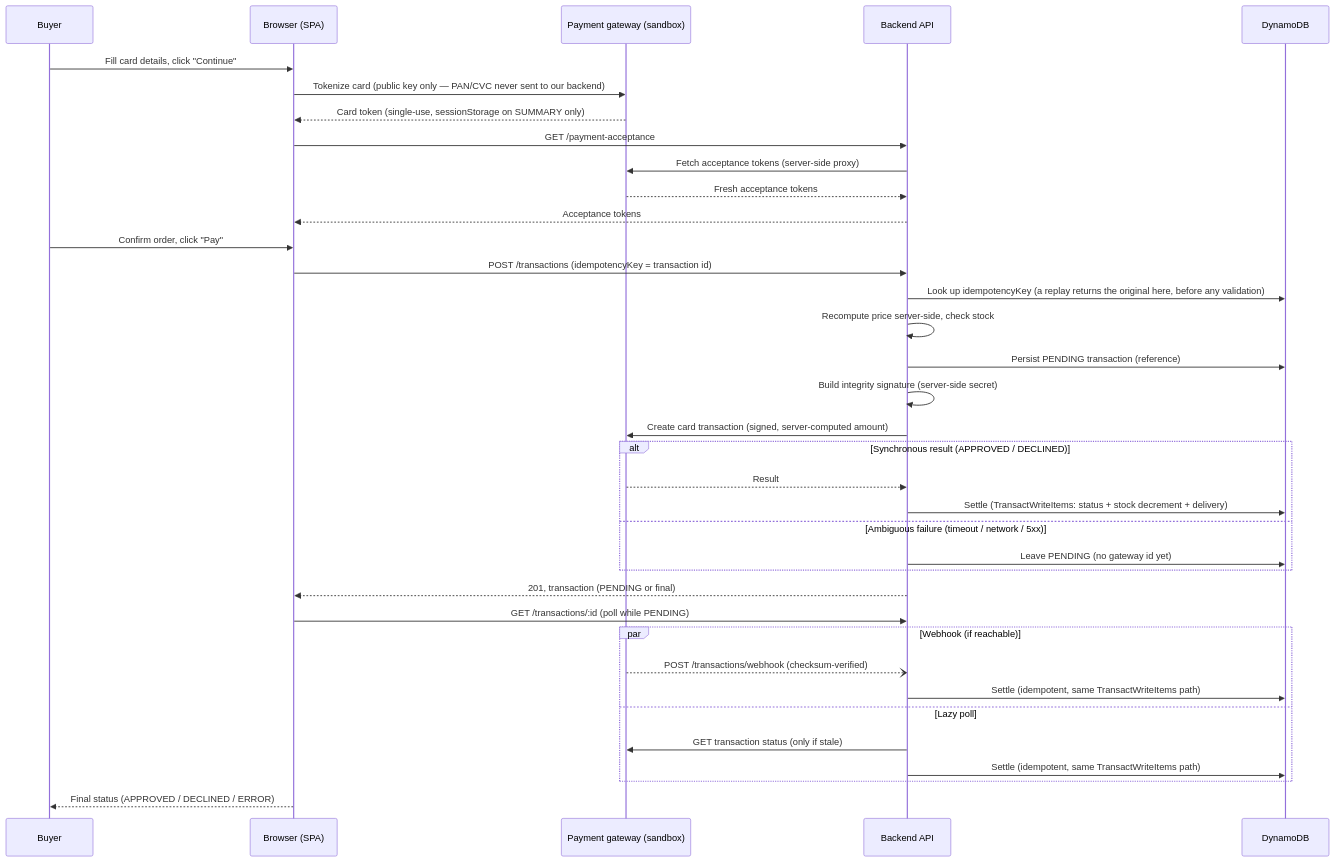
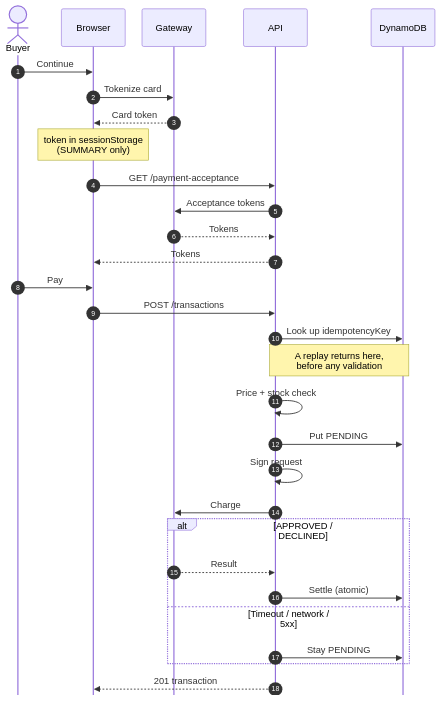
One commit to Wgutierrezl/product-checkout-app changed the second of 4 diagrams in README.md. Above: the diagram before and after it, drawn with Mermaid. The commit also changed other lines of this file, not shown here.

Commit message:
docs: make the README diagrams readable on GitHub

````diff
--- a/README.md
+++ b/README.md
@@ -241,39 +256,34 @@
 ```mermaid
+%%{init: {"sequence": {"actorMargin": 20, "width": 110, "mirrorActors": false}}}%%
 sequenceDiagram
-    participant U as Buyer
-    participant SPA as Browser (SPA)
-    participant GW as Payment gateway (sandbox)
-    participant API as Backend API
+    autonumber
+    actor U as Buyer
+    participant SPA as Browser
+    participant GW as Gateway
+    participant API
     participant DB as DynamoDB
 
-    U->>SPA: Fill card details, click "Continue"
-    SPA->>GW: Tokenize card (public key only — PAN/CVC never sent to our backend)
-    GW-->>SPA: Card token (single-use, sessionStorage on SUMMARY only)
+    U->>SPA: Continue
+    SPA->>GW: Tokenize card
+    GW-->>SPA: Card token
+    Note over SPA: token in sessionStorage<br/>(SUMMARY only)
     SPA->>API: GET /payment-acceptance
-    API->>GW: Fetch acceptance tokens (server-side proxy)
-    GW-->>API: Fresh acceptance tokens
-    API-->>SPA: Acceptance tokens
-    U->>SPA: Confirm order, click "Pay"
-    SPA->>API: POST /transactions (idempotencyKey = transaction id)
-    API->>DB: Look up idempotencyKey (a replay returns the original here, before any validation)
-    API->>API: Recompute price server-side, check stock
-    API->>DB: Persist PENDING transaction (reference)
-    API->>API: Build integrity signature (server-side secret)
-    API->>GW: Create card transaction (signed, server-computed amount)
-    alt Synchronous result (APPROVED / DECLINED)
+    API->>GW: Acceptance tokens
+    GW-->>API: Tokens
+    API-->>SPA: Tokens
+    U->>SPA: Pay
+    SPA->>API: POST /transactions
+    API->>DB: Look up idempotencyKey
+    Note over API,DB: A replay returns here,<br/>before any validation
+    API->>API: Price + stock check
+    API->>DB: Put PENDING
+    API->>API: Sign request
+    API->>GW: Charge
+    alt APPROVED / DECLINED
         GW-->>API: Result
-        API->>DB: Settle (TransactWriteItems: status + stock decrement + delivery)
-    else Ambiguous failure (timeout / network / 5xx)
-        API->>DB: Leave PENDING (no gateway id yet)
+        API->>DB: Settle (atomic)
+    else Timeout / network / 5xx
+        API->>DB: Stay PENDING
     end
-    API-->>SPA: 201, transaction (PENDING or final)
-    SPA->>API: GET /transactions/:id (poll while PENDING)
-    par Webhook (if reachable)
-        GW--)API: POST /transactions/webhook (checksum-verified)
-        API->>DB: Settle (idempotent, same TransactWriteItems path)
-    and Lazy poll
-        API->>GW: GET transaction status (only if stale)
-        API->>DB: Settle (idempotent, same TransactWriteItems path)
-    end
-    SPA-->>U: Final status (APPROVED / DECLINED / ERROR)
+    API-->>SPA: 201 transaction
 ```
````
